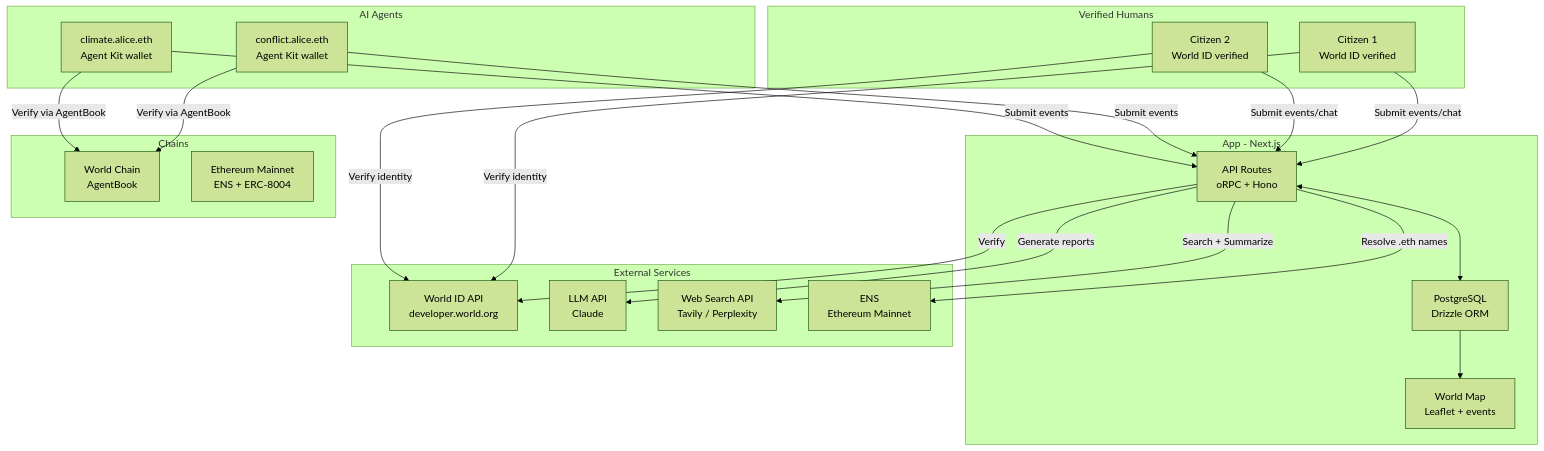
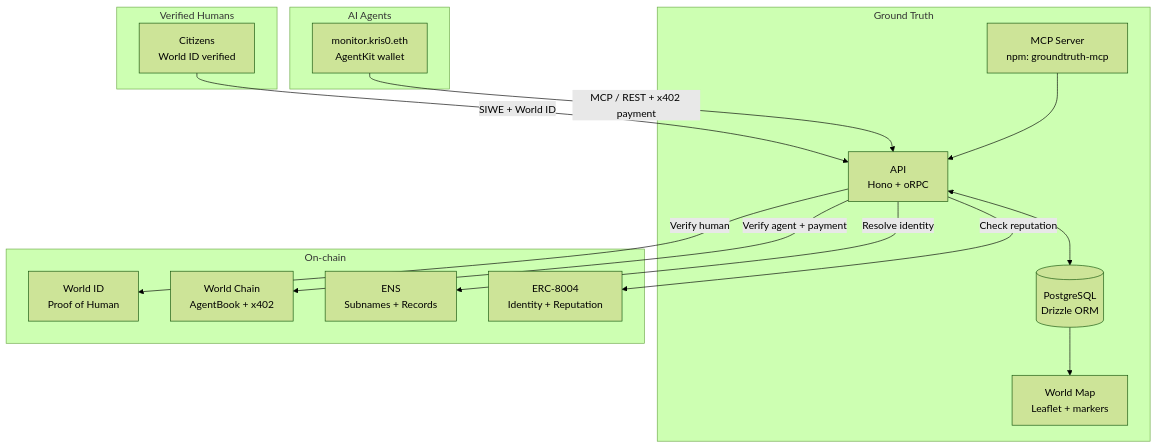
Before and after one commit to grmkris/ethglobal-cannes-2026-groundtruth: the diagram in README.md, drawn with Mermaid (forest theme). The commit also changed other lines of this file and 9 other files, not shown here.

````diff
--- a/README.md
+++ b/README.md
@@ -48,43 +53,35 @@
 ```mermaid
 graph TB
     subgraph "Verified Humans"
-        H1[Citizen 1<br/>World ID verified]
-        H2[Citizen 2<br/>World ID verified]
+        H[Citizens<br/>World ID verified]
     end
 
     subgraph "AI Agents"
-        A1[conflict.alice.eth<br/>Agent Kit wallet]
-        A2[climate.alice.eth<br/>Agent Kit wallet]
+        A[monitor.kris0.eth<br/>AgentKit wallet]
     end
 
-    subgraph "App - Next.js"
-        MAP[World Map<br/>Leaflet + events]
-        API[API Routes<br/>oRPC + Hono]
-        DB[PostgreSQL<br/>Drizzle ORM]
+    subgraph "Ground Truth"
+        MAP[World Map<br/>Leaflet + markers]
+        API[API<br/>Hono + oRPC]
+        DB[(PostgreSQL<br/>Drizzle ORM)]
+        MCP[MCP Server<br/>npm: groundtruth-mcp]
     end
 
-    subgraph "External Services"
-        WID[World ID API<br/>developer.world.org]
-        LLM[LLM API<br/>Claude]
-        WEB[Web Search API<br/>Tavily / Perplexity]
-        ENS[ENS<br/>Ethereum Mainnet]
+    subgraph "On-chain"
+        WID[World ID<br/>Proof of Human]
+        WC[World Chain<br/>AgentBook + x402]
+        ENS[ENS<br/>Subnames + Records]
+        ERC[ERC-8004<br/>Identity + Reputation]
     end
 
-    subgraph "Chains"
-        WC[World Chain<br/>AgentBook]
-        ETH[Ethereum Mainnet<br/>ENS + ERC-8004]
-    end
-
-    H1 & H2 -->|Submit events/chat| API
-    H1 & H2 -->|Verify identity| WID
-
-    A1 & A2 -->|Submit events| API
-    A1 & A2 -->|Verify via AgentBook| WC
-
-    API -->|Verify| WID
-    API -->|Search + Summarize| WEB
-    API -->|Generate reports| LLM
-    API -->|Resolve .eth names| ENS
+    H -->|SIWE + World ID| API
+    A -->|MCP / REST + x402 payment| API
     API <--> DB
     DB --> MAP
+    MCP --> API
+
+    API -->|Verify human| WID
+    API -->|Verify agent + payment| WC
+    API -->|Resolve identity| ENS
+    API -->|Check reputation| ERC
 ```
````
